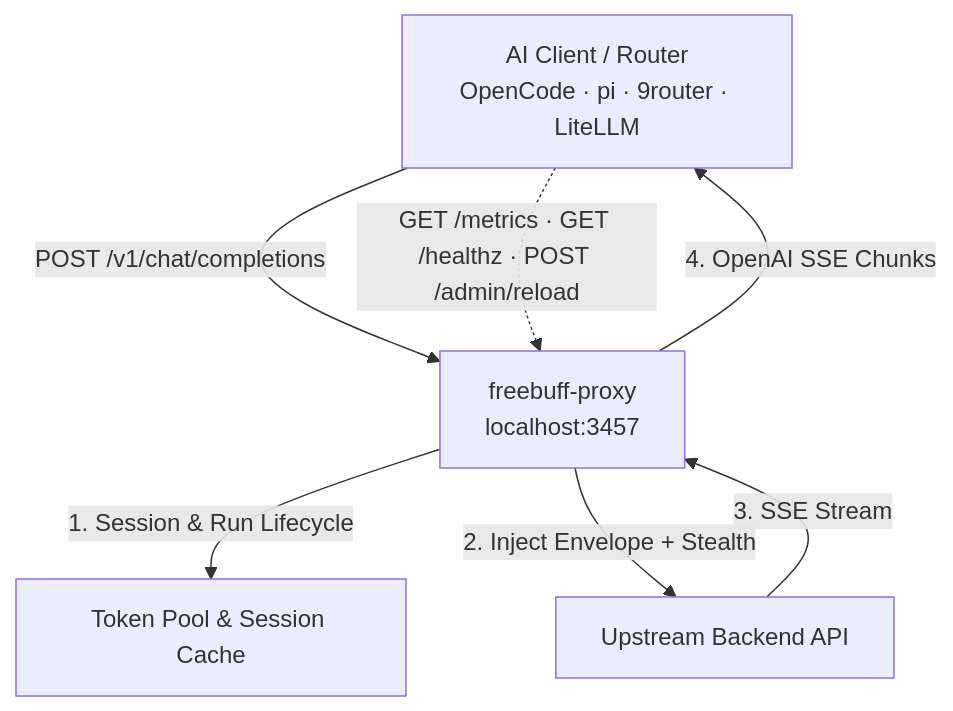
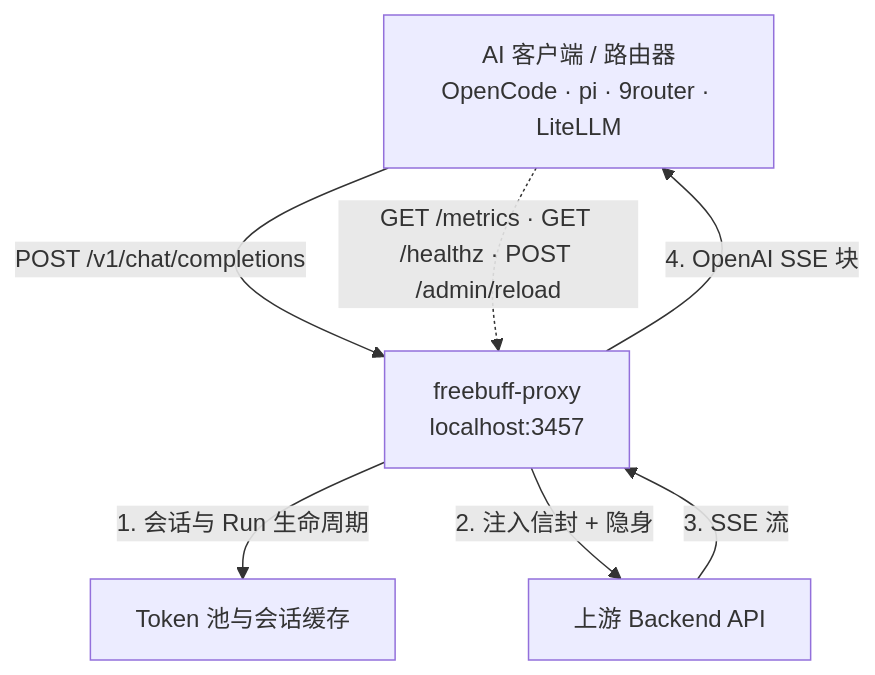
The diagram in README.md (fskanokano/freebuff-proxy-scaleway), drawn with Mermaid before and after one commit. The commit also changed other lines of this file, not shown here.

````diff
--- a/README.md
+++ b/README.md
@@ -130,9 +173,9 @@
 ```mermaid
 graph TD
-    Client[AI Client / Router<br/>OpenCode · pi · 9router · LiteLLM] -->|POST /v1/chat/completions| Proxy[freebuff-proxy<br/>localhost:3457]
-    Proxy -->|1. Session & Run Lifecycle| Pool[Token Pool & Session Cache]
-    Proxy -->|2. Inject Envelope + Stealth| Upstream[Upstream Backend API]
-    Upstream -->|3. SSE Stream| Proxy
-    Proxy -->|4. OpenAI SSE Chunks| Client
+    Client[AI 客户端 / 路由器<br/>OpenCode · pi · 9router · LiteLLM] -->|POST /v1/chat/completions| Proxy[freebuff-proxy<br/>localhost:3457]
+    Proxy -->|1. 会话与 Run 生命周期| Pool[Token 池与会话缓存]
+    Proxy -->|2. 注入信封 + 隐身| Upstream[上游 Backend API]
+    Upstream -->|3. SSE 流| Proxy
+    Proxy -->|4. OpenAI SSE 块| Client
     Client -.->|GET /metrics · GET /healthz · POST /admin/reload| Proxy
 ```
````
